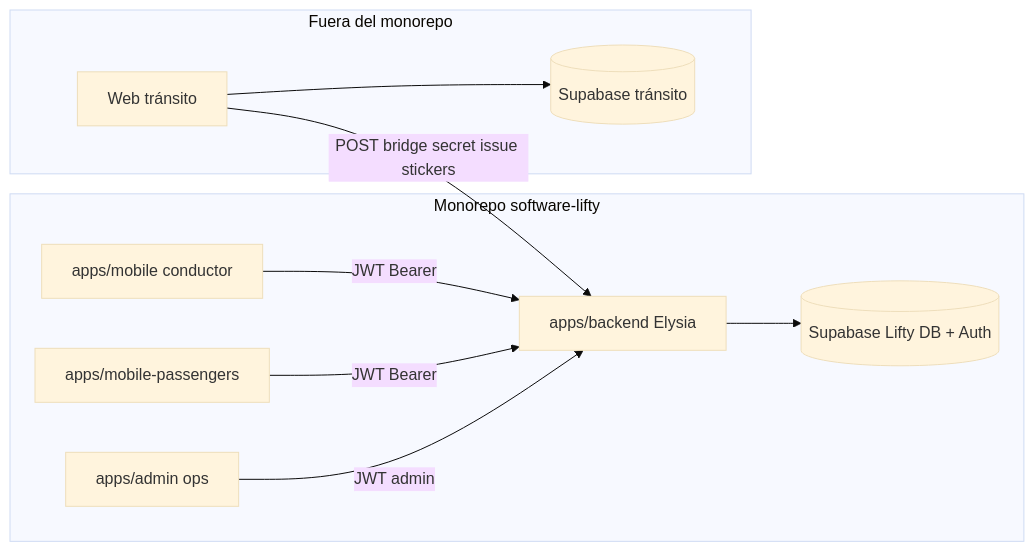
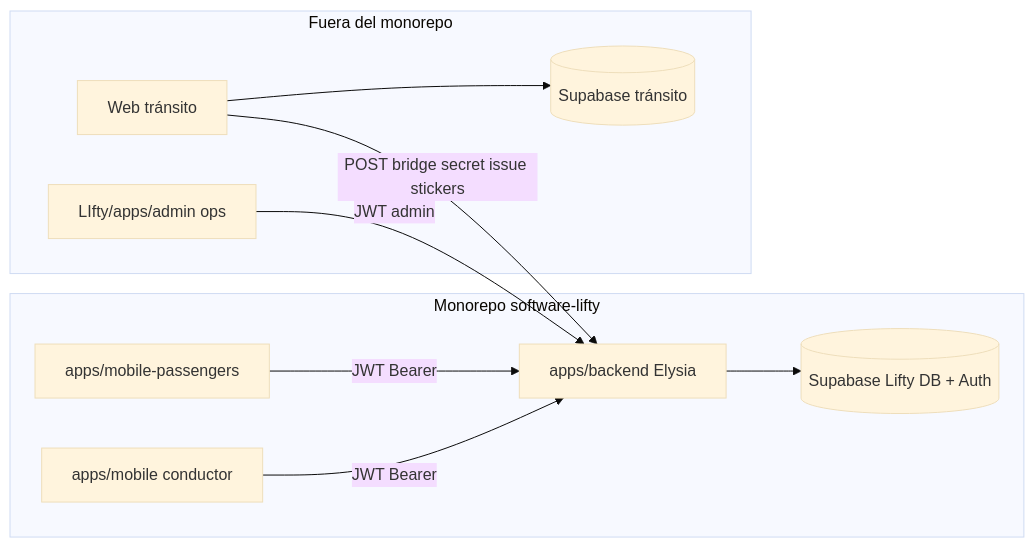
Before and after one commit to Estudio-Nomade/software-lifty: the first of 2 diagrams in specs/spec-admin-panel-stickers-gate/architecture.md, drawn with Mermaid (base theme). The commit also changed other lines of this file and 51 other files, not shown here.

First line of the commit message:
refactor: move admin panel out of monorepo to LIfty/apps/admin

````diff
--- a/specs/spec-admin-panel-stickers-gate/architecture.md
+++ b/specs/spec-admin-panel-stickers-gate/architecture.md
@@ -7,22 +7,22 @@
 ```mermaid
 flowchart LR
   subgraph liftyMono["Monorepo software-lifty"]
     mobileDrv["apps/mobile conductor"]
     mobilePax["apps/mobile-passengers"]
-    adminWeb["apps/admin ops"]
     api["apps/backend Elysia"]
     sbLifty[("Supabase Lifty DB + Auth")]
   end
 
   subgraph afuera["Fuera del monorepo"]
+    adminWeb["LIfty/apps/admin ops"]
     transitWeb["Web tránsito"]
     sbTransit[("Supabase tránsito")]
   end
 
   mobileDrv -->|JWT Bearer| api
   mobilePax -->|JWT Bearer| api
   adminWeb -->|JWT admin| api
   api --> sbLifty
   transitWeb --> sbTransit
   transitWeb -->|"POST bridge secret issue stickers"| api
 ```
````
